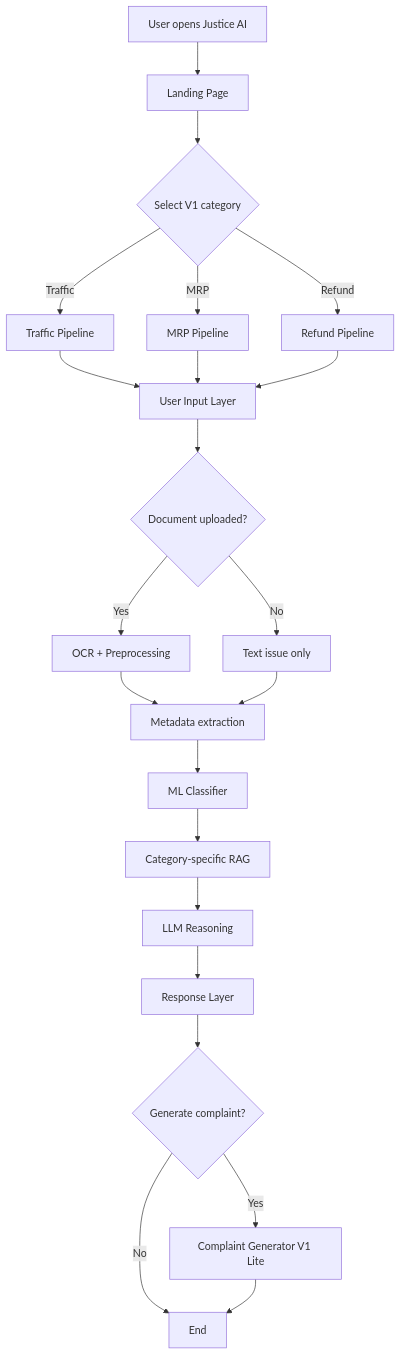
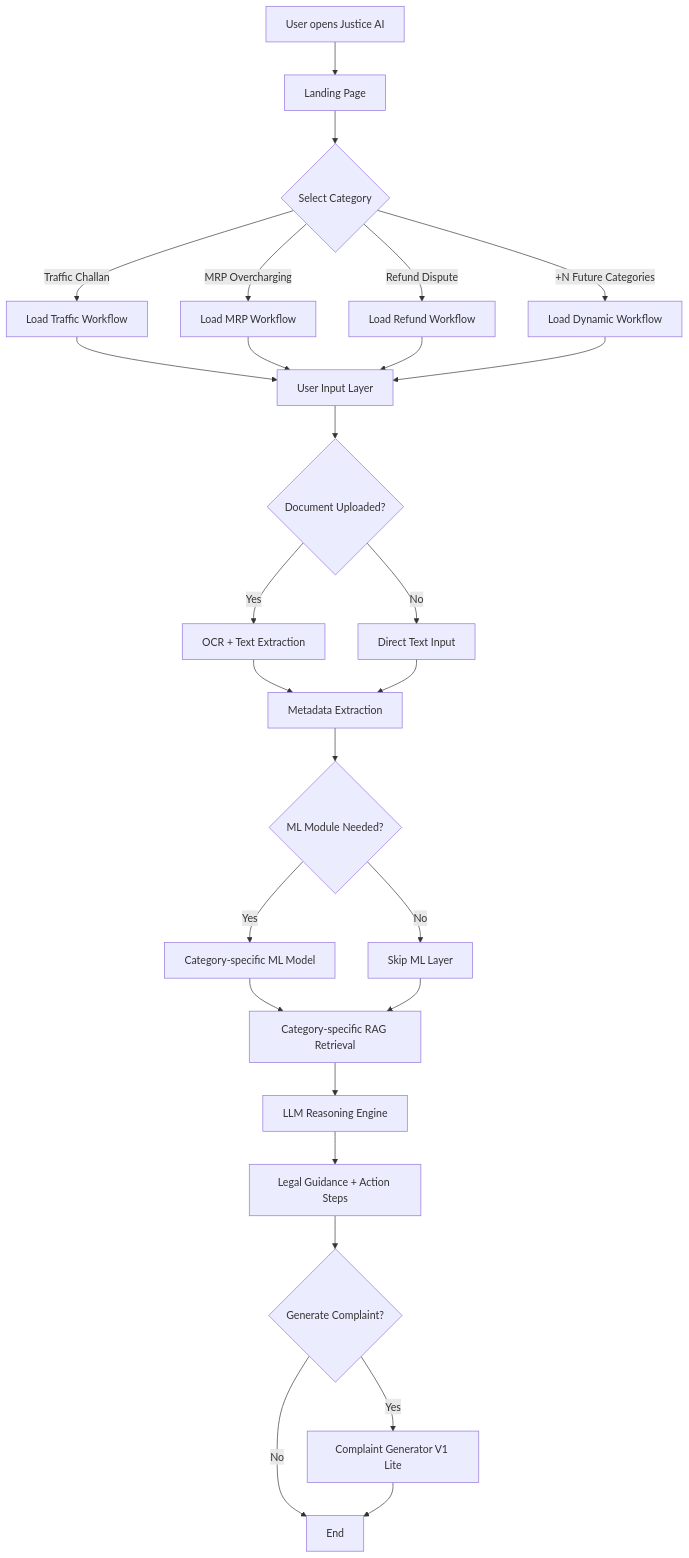
Before and after one commit to SudhanshuBiswas01/Justice-AI: the first of 8 diagrams in README.md, drawn with Mermaid. The commit also changed other lines of this file, not shown here.

First line of the commit message:
docs: align HLD Mermaid diagrams with author flowchart

````diff
--- a/README.md
+++ b/README.md
@@ -25,24 +27,43 @@
 ```mermaid
 flowchart TD
     A[User opens Justice AI] --> B[Landing Page]
-    B --> C{Select V1 category}
-    C -->|Traffic| D1[Traffic Pipeline]
-    C -->|MRP| D2[MRP Pipeline]
-    C -->|Refund| D3[Refund Pipeline]
 
-    D1 & D2 & D3 --> E[User Input Layer]
-    E --> F{Document uploaded?}
-    F -->|Yes| G[OCR + Preprocessing]
-    F -->|No| H[Text issue only]
-    G --> I[Metadata extraction]
-    H --> I
+    B --> C{Select Category}
 
-    I --> J[ML Classifier]
-    J --> K[Category-specific RAG]
-    K --> L[LLM Reasoning]
-    L --> M[Response Layer]
-    M --> N{Generate complaint?}
-    N -->|Yes| O[Complaint Generator V1 Lite]
-    N -->|No| P[End]
+    C -->|Traffic Challan| D[Load Traffic Workflow]
+    C -->|MRP Overcharging| E[Load MRP Workflow]
+    C -->|Refund Dispute| F[Load Refund Workflow]
+    C -->|+N Future Categories| G[Load Dynamic Workflow]
+
+    D --> H[User Input Layer]
+    E --> H
+    F --> H
+    G --> H
+
+    H --> I{Document Uploaded?}
+
+    I -->|Yes| J[OCR + Text Extraction]
+    I -->|No| K[Direct Text Input]
+
+    J --> L[Metadata Extraction]
+    K --> L
+
+    L --> M{ML Module Needed?}
+
+    M -->|Yes| N[Category-specific ML Model]
+    M -->|No| O[Skip ML Layer]
+
+    N --> P[Category-specific RAG Retrieval]
     O --> P
+
+    P --> Q[LLM Reasoning Engine]
+
+    Q --> R[Legal Guidance + Action Steps]
+
+    R --> S{Generate Complaint?}
+
+    S -->|Yes| T[Complaint Generator V1 Lite]
+    S -->|No| U[End]
+
+    T --> U
 ```
````
